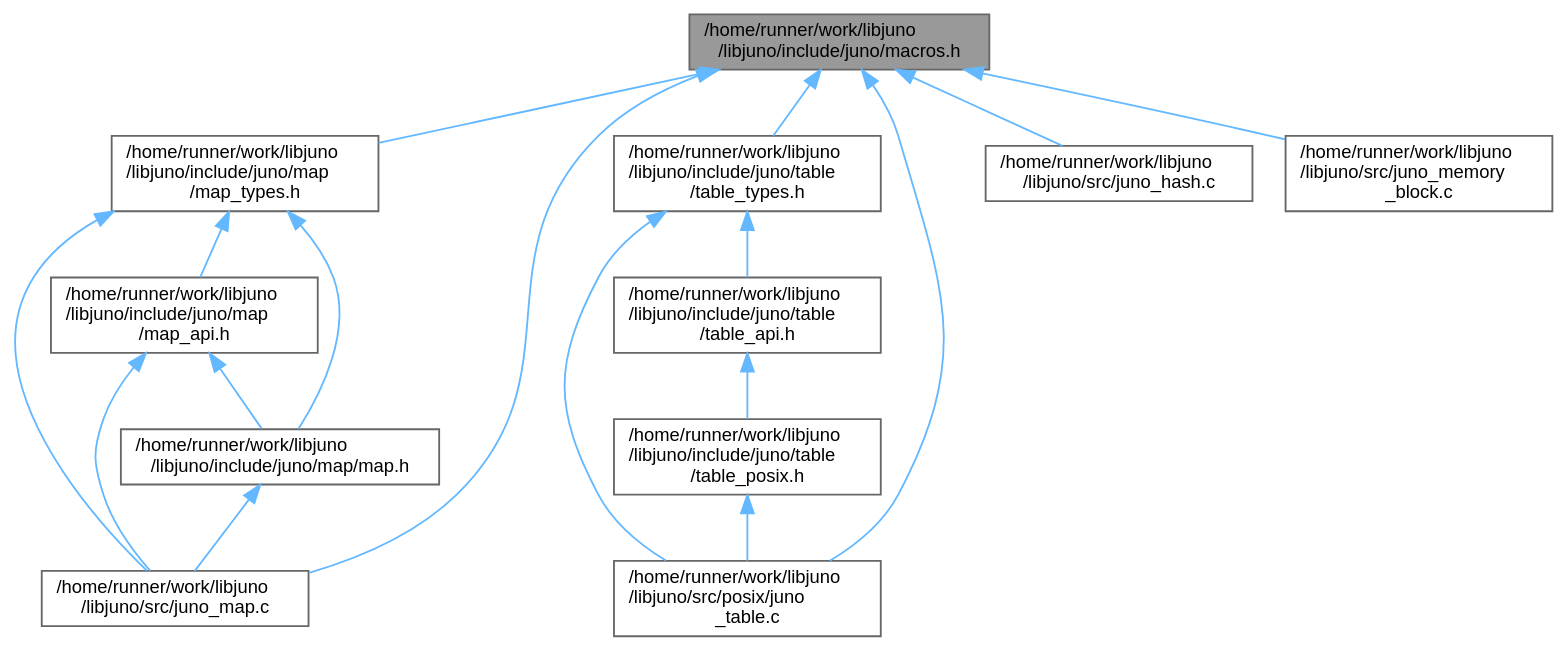
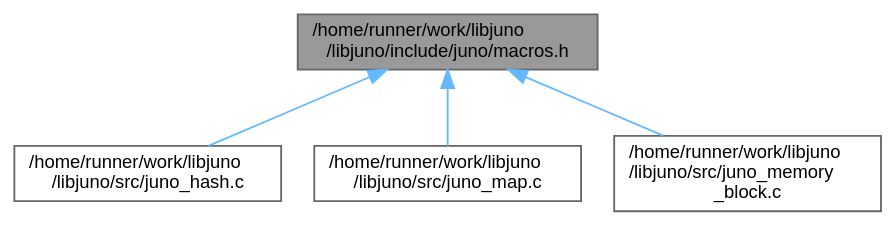
One commit to robinonsay/libjuno changed the diagram in macros_8h__dep__incl.dot. Above: the diagram before and after it, drawn with Graphviz. The commit also changed 272 other files, not shown here.

```diff
--- a/macros_8h__dep__incl.dot
+++ b/macros_8h__dep__incl.dot
@@ -1,34 +1,14 @@
 digraph "/home/runner/work/libjuno/libjuno/include/juno/macros.h"
 {
  // LATEX_PDF_SIZE
   bgcolor="transparent";
   edge [fontname=Helvetica,fontsize=10,labelfontname=Helvetica,labelfontsize=10];
   node [fontname=Helvetica,fontsize=10,shape=box,height=0.2,width=0.4];
   Node1 [id="Node000001",label="/home/runner/work/libjuno\l/libjuno/include/juno/macros.h",height=0.2,width=0.4,color="gray40", fillcolor="grey60", style="filled", fontcolor="black",tooltip=" "];
   Node1 -> Node2 [id="edge1_Node000001_Node000002",dir="back",color="steelblue1",style="solid",tooltip=" "];
-  Node2 [id="Node000002",label="/home/runner/work/libjuno\l/libjuno/include/juno/map\l/map_types.h",height=0.2,width=0.4,color="grey40", fillcolor="white", style="filled",URL="$map__types_8h.html",tooltip=" "];
-  Node2 -> Node3 [id="edge2_Node000002_Node000003",dir="back",color="steelblue1",style="solid",tooltip=" "];
-  Node3 [id="Node000003",label="/home/runner/work/libjuno\l/libjuno/include/juno/map/map.h",height=0.2,width=0.4,color="grey40", fillcolor="white", style="filled",URL="$map_8h.html",tooltip=" "];
-  Node3 -> Node4 [id="edge3_Node000003_Node000004",dir="back",color="steelblue1",style="solid",tooltip=" "];
-  Node4 [id="Node000004",label="/home/runner/work/libjuno\l/libjuno/src/juno_map.c",height=0.2,width=0.4,color="grey40", fillcolor="white", style="filled",URL="$juno__map_8c.html",tooltip=" "];
-  Node2 -> Node5 [id="edge4_Node000002_Node000005",dir="back",color="steelblue1",style="solid",tooltip=" "];
-  Node5 [id="Node000005",label="/home/runner/work/libjuno\l/libjuno/include/juno/map\l/map_api.h",height=0.2,width=0.4,color="grey40", fillcolor="white", style="filled",URL="$map__api_8h.html",tooltip=" "];
-  Node5 -> Node3 [id="edge5_Node000005_Node000003",dir="back",color="steelblue1",style="solid",tooltip=" "];
-  Node5 -> Node4 [id="edge6_Node000005_Node000004",dir="back",color="steelblue1",style="solid",tooltip=" "];
-  Node2 -> Node4 [id="edge7_Node000002_Node000004",dir="back",color="steelblue1",style="solid",tooltip=" "];
-  Node1 -> Node6 [id="edge8_Node000001_Node000006",dir="back",color="steelblue1",style="solid",tooltip=" "];
-  Node6 [id="Node000006",label="/home/runner/work/libjuno\l/libjuno/include/juno/table\l/table_types.h",height=0.2,width=0.4,color="grey40", fillcolor="white", style="filled",URL="$table__types_8h.html",tooltip=" "];
-  Node6 -> Node7 [id="edge9_Node000006_Node000007",dir="back",color="steelblue1",style="solid",tooltip=" "];
-  Node7 [id="Node000007",label="/home/runner/work/libjuno\l/libjuno/include/juno/table\l/table_api.h",height=0.2,width=0.4,color="grey40", fillcolor="white", style="filled",URL="$table__api_8h.html",tooltip=" "];
-  Node7 -> Node8 [id="edge10_Node000007_Node000008",dir="back",color="steelblue1",style="solid",tooltip=" "];
-  Node8 [id="Node000008",label="/home/runner/work/libjuno\l/libjuno/include/juno/table\l/table_posix.h",height=0.2,width=0.4,color="grey40", fillcolor="white", style="filled",URL="$table__posix_8h.html",tooltip=" "];
-  Node8 -> Node9 [id="edge11_Node000008_Node000009",dir="back",color="steelblue1",style="solid",tooltip=" "];
-  Node9 [id="Node000009",label="/home/runner/work/libjuno\l/libjuno/src/posix/juno\l_table.c",height=0.2,width=0.4,color="grey40", fillcolor="white", style="filled",URL="$juno__table_8c.html",tooltip=" "];
-  Node6 -> Node9 [id="edge12_Node000006_Node000009",dir="back",color="steelblue1",style="solid",tooltip=" "];
-  Node1 -> Node10 [id="edge13_Node000001_Node000010",dir="back",color="steelblue1",style="solid",tooltip=" "];
-  Node10 [id="Node000010",label="/home/runner/work/libjuno\l/libjuno/src/juno_hash.c",height=0.2,width=0.4,color="grey40", fillcolor="white", style="filled",URL="$juno__hash_8c.html",tooltip=" "];
-  Node1 -> Node4 [id="edge14_Node000001_Node000004",dir="back",color="steelblue1",style="solid",tooltip=" "];
-  Node1 -> Node11 [id="edge15_Node000001_Node000011",dir="back",color="steelblue1",style="solid",tooltip=" "];
-  Node11 [id="Node000011",label="/home/runner/work/libjuno\l/libjuno/src/juno_memory\l_block.c",height=0.2,width=0.4,color="grey40", fillcolor="white", style="filled",URL="$juno__memory__block_8c.html",tooltip=" "];
-  Node1 -> Node9 [id="edge16_Node000001_Node000009",dir="back",color="steelblue1",style="solid",tooltip=" "];
+  Node2 [id="Node000002",label="/home/runner/work/libjuno\l/libjuno/src/juno_hash.c",height=0.2,width=0.4,color="grey40", fillcolor="white", style="filled",URL="$juno__hash_8c.html",tooltip=" "];
+  Node1 -> Node3 [id="edge2_Node000001_Node000003",dir="back",color="steelblue1",style="solid",tooltip=" "];
+  Node3 [id="Node000003",label="/home/runner/work/libjuno\l/libjuno/src/juno_map.c",height=0.2,width=0.4,color="grey40", fillcolor="white", style="filled",URL="$juno__map_8c.html",tooltip=" "];
+  Node1 -> Node4 [id="edge3_Node000001_Node000004",dir="back",color="steelblue1",style="solid",tooltip=" "];
+  Node4 [id="Node000004",label="/home/runner/work/libjuno\l/libjuno/src/juno_memory\l_block.c",height=0.2,width=0.4,color="grey40", fillcolor="white", style="filled",URL="$juno__memory__block_8c.html",tooltip=" "];
 }
```
